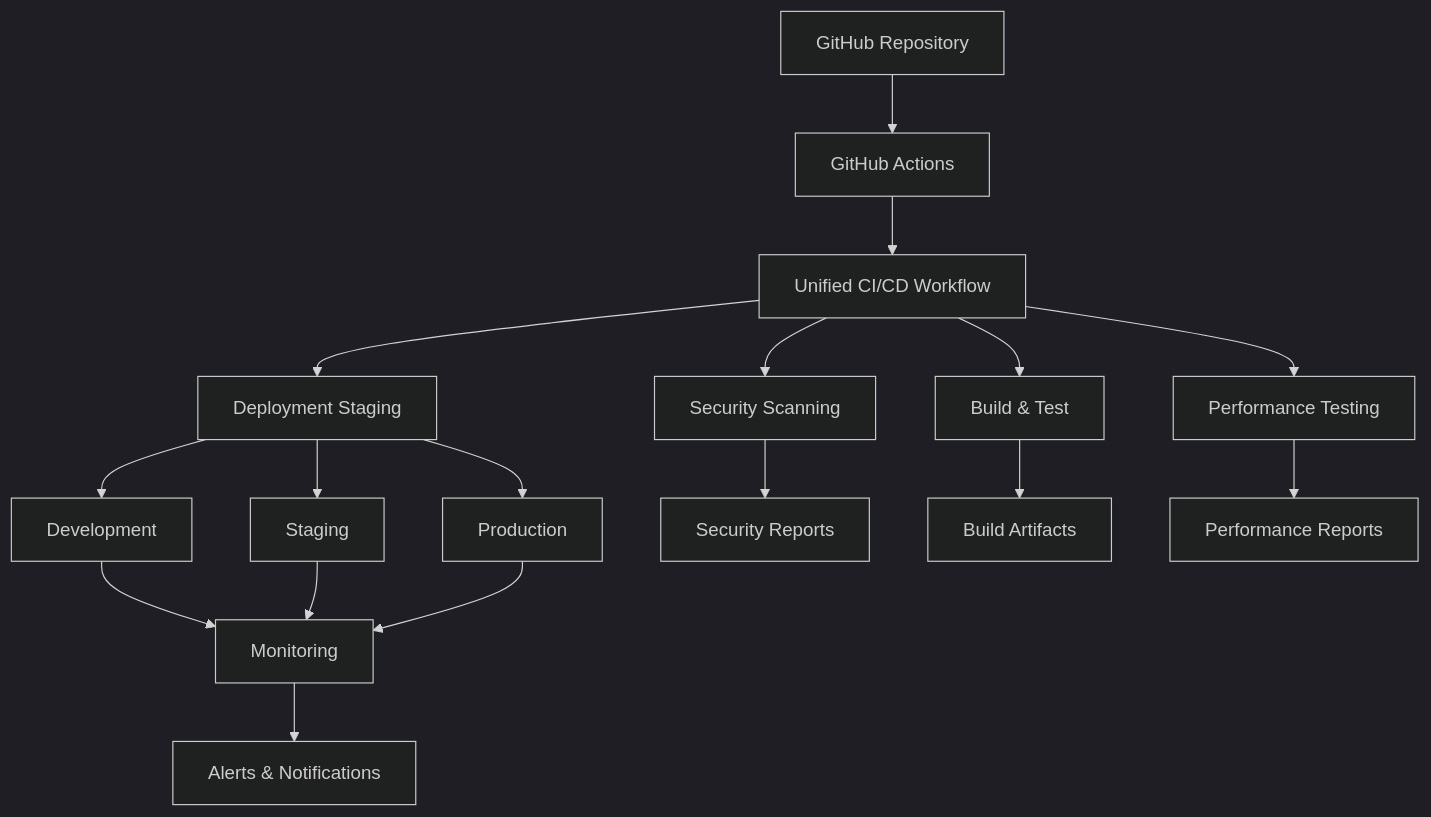
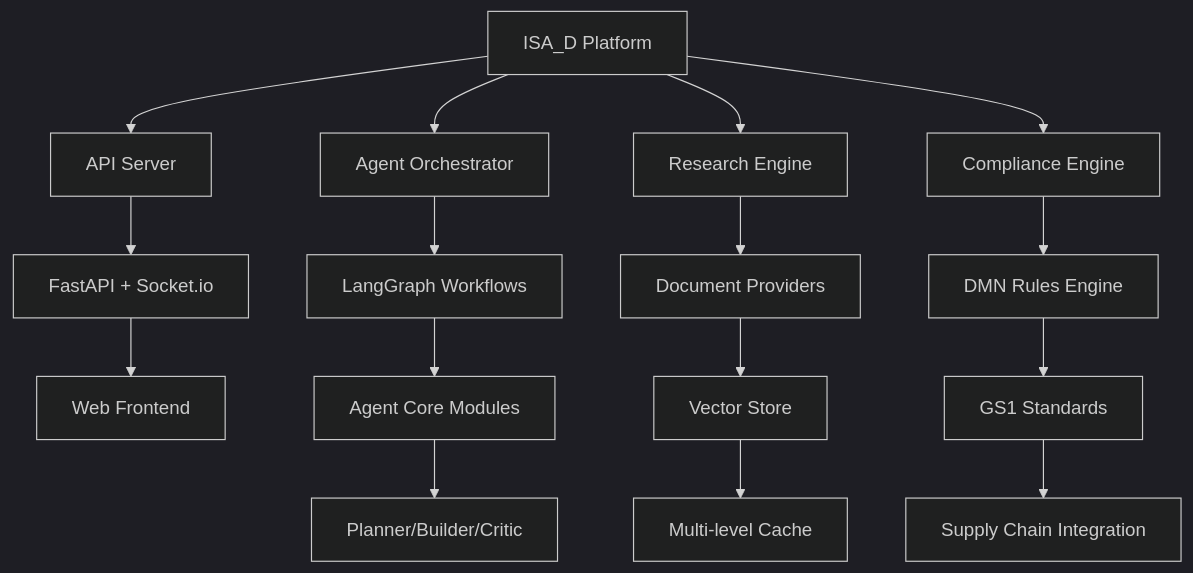
Before and after one commit to GS1-ISA/LISA: the diagram in README.md, drawn with Mermaid (dark theme). The commit also changed other lines of this file and 462 other files, not shown here.

````diff
--- a/README.md
+++ b/README.md
@@ -179,19 +40,21 @@
 ```mermaid
 graph TD
-    A[GitHub Repository] --> B[GitHub Actions]
-    B --> C[Unified CI/CD Workflow]
-    C --> D[Security Scanning]
-    C --> E[Build & Test]
-    C --> F[Performance Testing]
-    C --> G[Deployment Staging]
-    G --> H[Development]
-    G --> I[Staging]
-    G --> J[Production]
-    D --> K[Security Reports]
-    E --> L[Build Artifacts]
-    F --> M[Performance Reports]
-    H --> N[Monitoring]
-    I --> N
-    J --> N
-    N --> O[Alerts & Notifications]
+    A[ISA_D Platform] --> B[API Server]
+    A --> C[Agent Orchestrator]
+    A --> D[Research Engine]
+    A --> E[Compliance Engine]
+
+    B --> F[FastAPI + Socket.io]
+    C --> G[LangGraph Workflows]
+    D --> H[Document Providers]
+    E --> I[DMN Rules Engine]
+
+    F --> J[Web Frontend]
+    G --> K[Agent Core Modules]
+    H --> L[Vector Store]
+    I --> M[GS1 Standards]
+
+    K --> N[Planner/Builder/Critic]
+    L --> O[Multi-level Cache]
+    M --> P[Supply Chain Integration]
 ```
````
